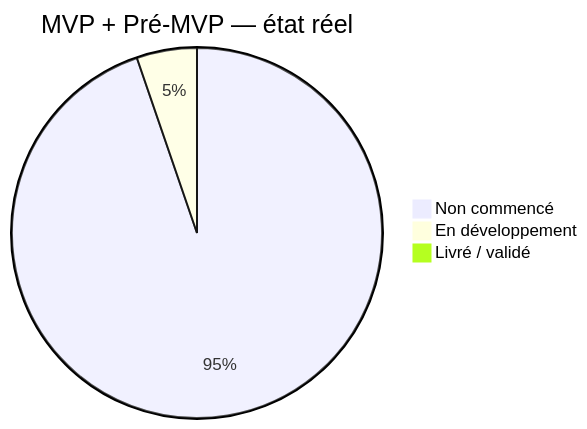
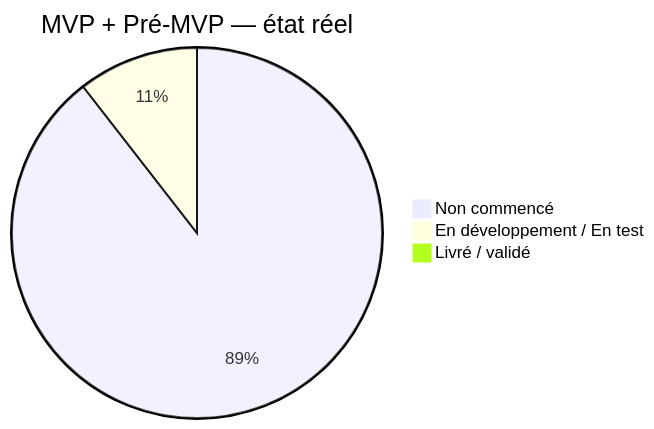
One commit to JavaChrist/Tai-Chi-AI-Coach changed the first of 5 diagrams in docs/runtime/02_FEATURE_STATUS.md. Above: the diagram before and after it, drawn with Mermaid. The commit also changed other lines of this file and 18 other files, not shown here.

First line of the commit message:
feat(practice): add local guided session flow (MVP-005)

````diff
--- a/docs/runtime/02_FEATURE_STATUS.md
+++ b/docs/runtime/02_FEATURE_STATUS.md
@@ -112,6 +113,6 @@
 ```mermaid
 pie title MVP + Pré-MVP — état réel
-  "Non commencé" : 18
-  "En développement" : 1
+  "Non commencé" : 17
+  "En développement / En test" : 2
   "Livré / validé" : 0
 ```
````
